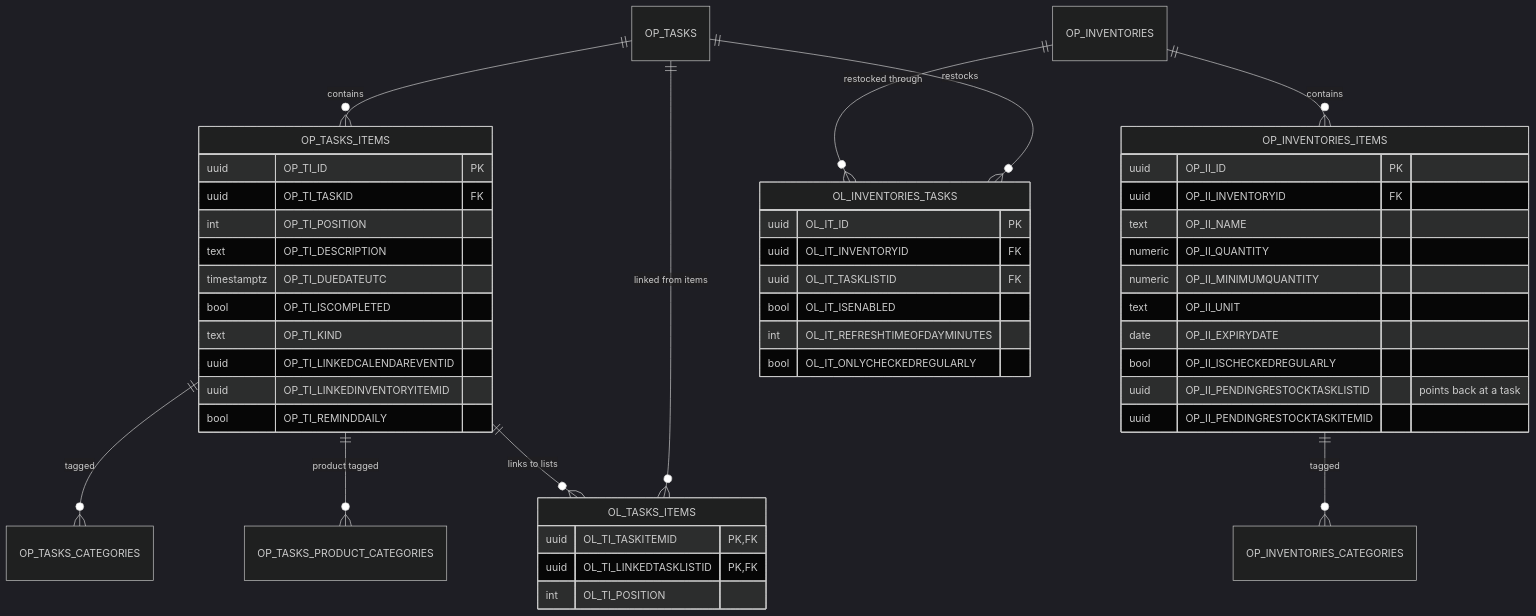
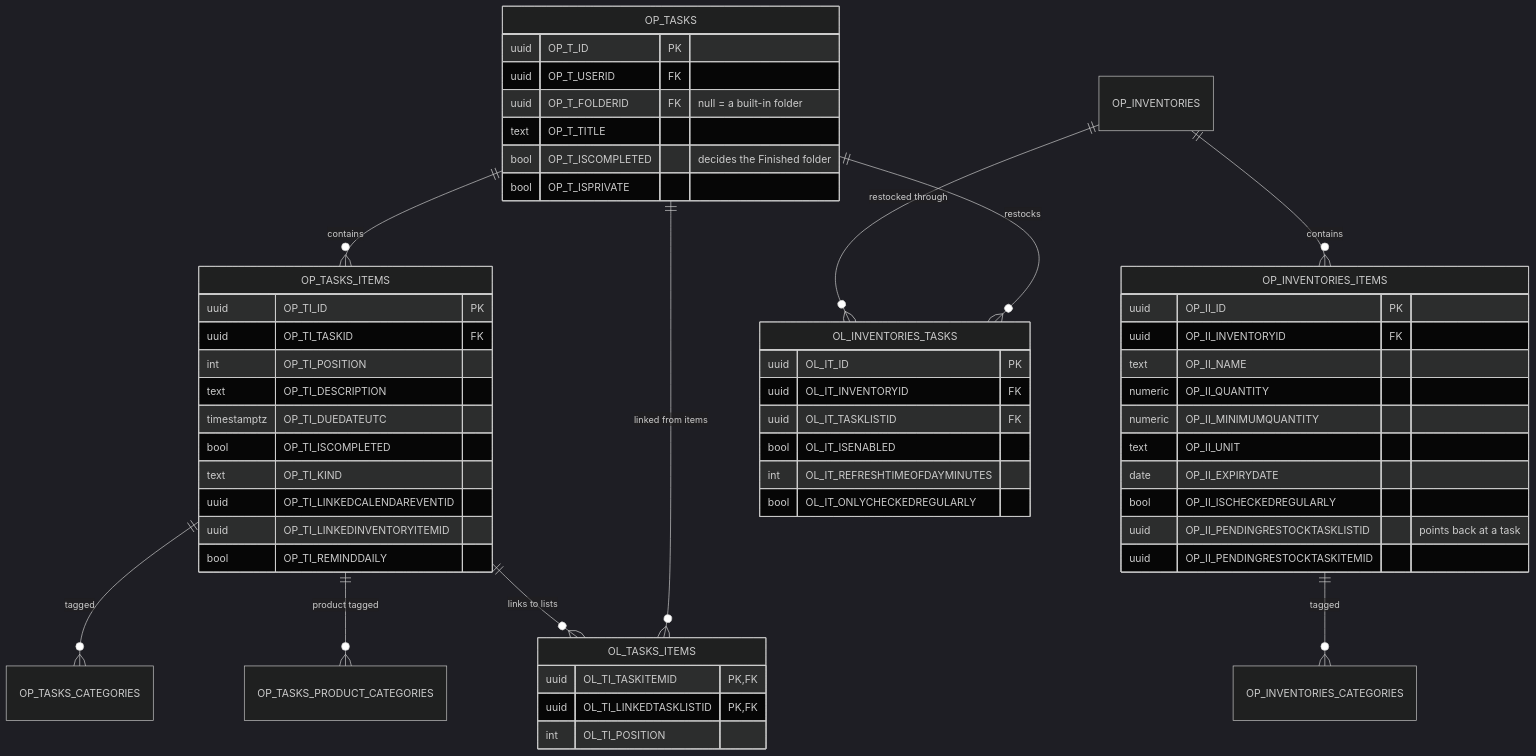
Before and after one commit to NorArax-NeflinOwl/orbit: the third of 5 diagrams in info/uml/database.md, drawn with Mermaid (dark theme). The commit also changed other lines of this file and 74 other files, not shown here.

````diff
--- a/info/uml/database.md
+++ b/info/uml/database.md
@@ -134,50 +152,58 @@
 ```mermaid
 erDiagram
     OP_TASKS ||--o{ OP_TASKS_ITEMS : contains
     OP_TASKS_ITEMS ||--o{ OP_TASKS_CATEGORIES : "tagged"
     OP_TASKS_ITEMS ||--o{ OP_TASKS_PRODUCT_CATEGORIES : "product tagged"
     OP_TASKS_ITEMS ||--o{ OL_TASKS_ITEMS : "links to lists"
     OP_TASKS ||--o{ OL_TASKS_ITEMS : "linked from items"
     OP_INVENTORIES ||--o{ OP_INVENTORIES_ITEMS : contains
     OP_INVENTORIES_ITEMS ||--o{ OP_INVENTORIES_CATEGORIES : "tagged"
     OP_INVENTORIES ||--o{ OL_INVENTORIES_TASKS : "restocked through"
     OP_TASKS ||--o{ OL_INVENTORIES_TASKS : "restocks"
 
+    OP_TASKS {
+        uuid OP_T_ID PK
+        uuid OP_T_USERID FK
+        uuid OP_T_FOLDERID FK "null = a built-in folder"
+        text OP_T_TITLE
+        bool OP_T_ISCOMPLETED "decides the Finished folder"
+        bool OP_T_ISPRIVATE
+    }
     OP_TASKS_ITEMS {
         uuid OP_TI_ID PK
         uuid OP_TI_TASKID FK
         int OP_TI_POSITION
         text OP_TI_DESCRIPTION
         timestamptz OP_TI_DUEDATEUTC
         bool OP_TI_ISCOMPLETED
         text OP_TI_KIND
         uuid OP_TI_LINKEDCALENDAREVENTID
         uuid OP_TI_LINKEDINVENTORYITEMID
         bool OP_TI_REMINDDAILY
     }
     OP_INVENTORIES_ITEMS {
         uuid OP_II_ID PK
         uuid OP_II_INVENTORYID FK
         text OP_II_NAME
         numeric OP_II_QUANTITY
         numeric OP_II_MINIMUMQUANTITY
         text OP_II_UNIT
         date OP_II_EXPIRYDATE
         bool OP_II_ISCHECKEDREGULARLY
         uuid OP_II_PENDINGRESTOCKTASKLISTID "points back at a task"
         uuid OP_II_PENDINGRESTOCKTASKITEMID
     }
     OL_INVENTORIES_TASKS {
         uuid OL_IT_ID PK
         uuid OL_IT_INVENTORYID FK
         uuid OL_IT_TASKLISTID FK
         bool OL_IT_ISENABLED
         int OL_IT_REFRESHTIMEOFDAYMINUTES
         bool OL_IT_ONLYCHECKEDREGULARLY
     }
     OL_TASKS_ITEMS {
         uuid OL_TI_TASKITEMID PK,FK
         uuid OL_TI_LINKEDTASKLISTID PK,FK
         int OL_TI_POSITION
     }
 ```
````
